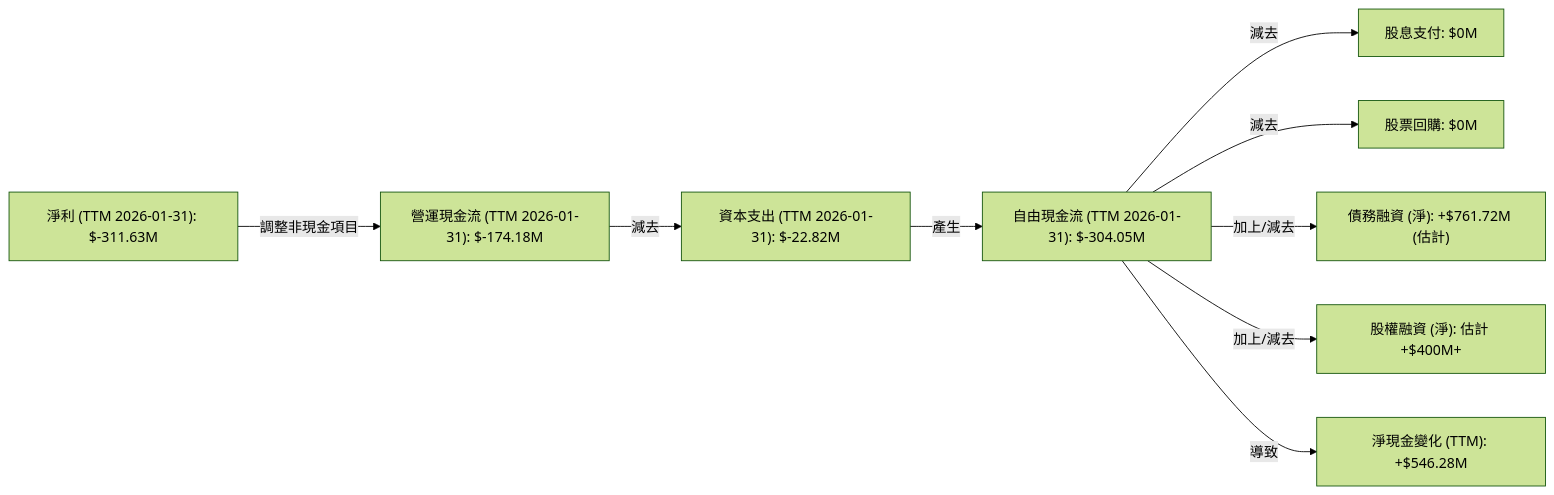
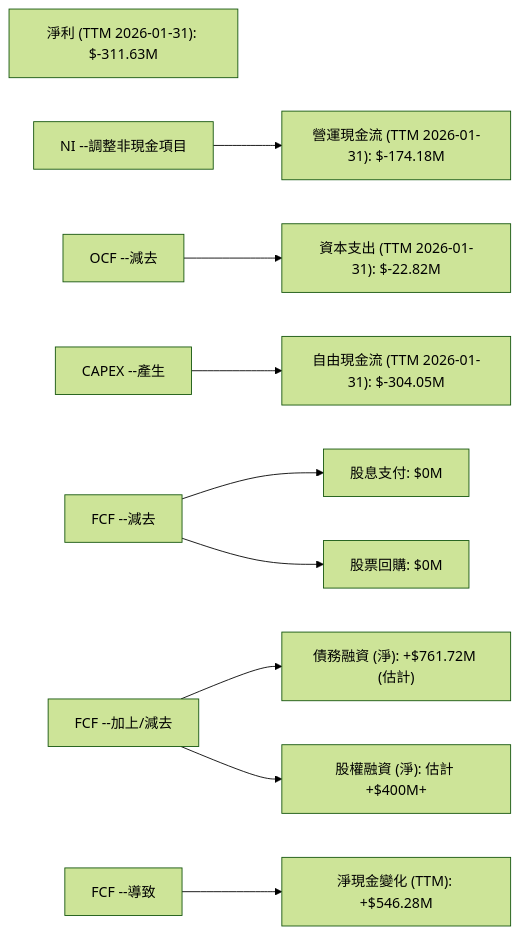
The seventh of 8 diagrams in ai_gen_report/stock/avav/fundamental_analysis_2026-06-26_gemini-2.md (yennanliu/finance_data), drawn with Mermaid (forest theme) before and after one commit. The commit also changed 2258 other files, not shown here.

First line of the commit message:
chore: backfill Mermaid syntax repair across existing reports

````diff
--- a/ai_gen_report/stock/avav/fundamental_analysis_2026-06-26_gemini-2.md
+++ b/ai_gen_report/stock/avav/fundamental_analysis_2026-06-26_gemini-2.md
@@ -430,21 +430,21 @@
 ```mermaid
 graph LR
     NI["淨利 (TTM 2026-01-31): $-311.63M"]
     OCF["營運現金流 (TTM 2026-01-31): $-174.18M"]
     CAPEX["資本支出 (TTM 2026-01-31): $-22.82M"]
     FCF["自由現金流 (TTM 2026-01-31): $-304.05M"]
     DIV["股息支付: $0M"]
     RP["股票回購: $0M"]
     DEBT_FIN["債務融資 (淨): +$761.72M (估計)"]
     EQUITY_FIN["股權融資 (淨): 估計 +$400M+"]
     NC_CHANGE["淨現金變化 (TTM): +$546.28M"]
 
-    NI --調整非現金項目--> OCF
-    OCF --減去--> CAPEX
-    CAPEX --產生--> FCF
-    FCF --減去--> DIV
-    FCF --減去--> RP
-    FCF --加上/減去--> DEBT_FIN
-    FCF --加上/減去--> EQUITY_FIN
-    FCF --導致--> NC_CHANGE
+    nb1["NI --調整非現金項目"] --> OCF
+    nb2["OCF --減去"] --> CAPEX
+    nb3["CAPEX --產生"] --> FCF
+    nb4["FCF --減去"] --> DIV
+    nb4["FCF --減去"] --> RP
+    nb5["FCF --加上/減去"] --> DEBT_FIN
+    nb5["FCF --加上/減去"] --> EQUITY_FIN
+    nb6["FCF --導致"] --> NC_CHANGE
 ```
````
